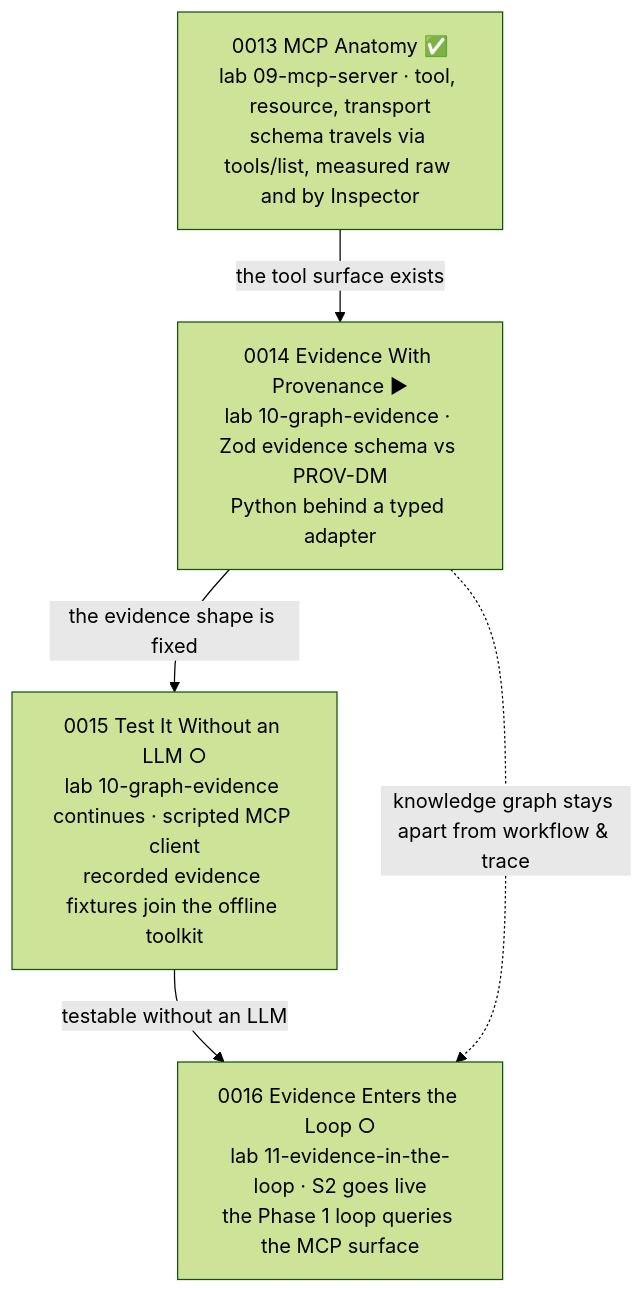
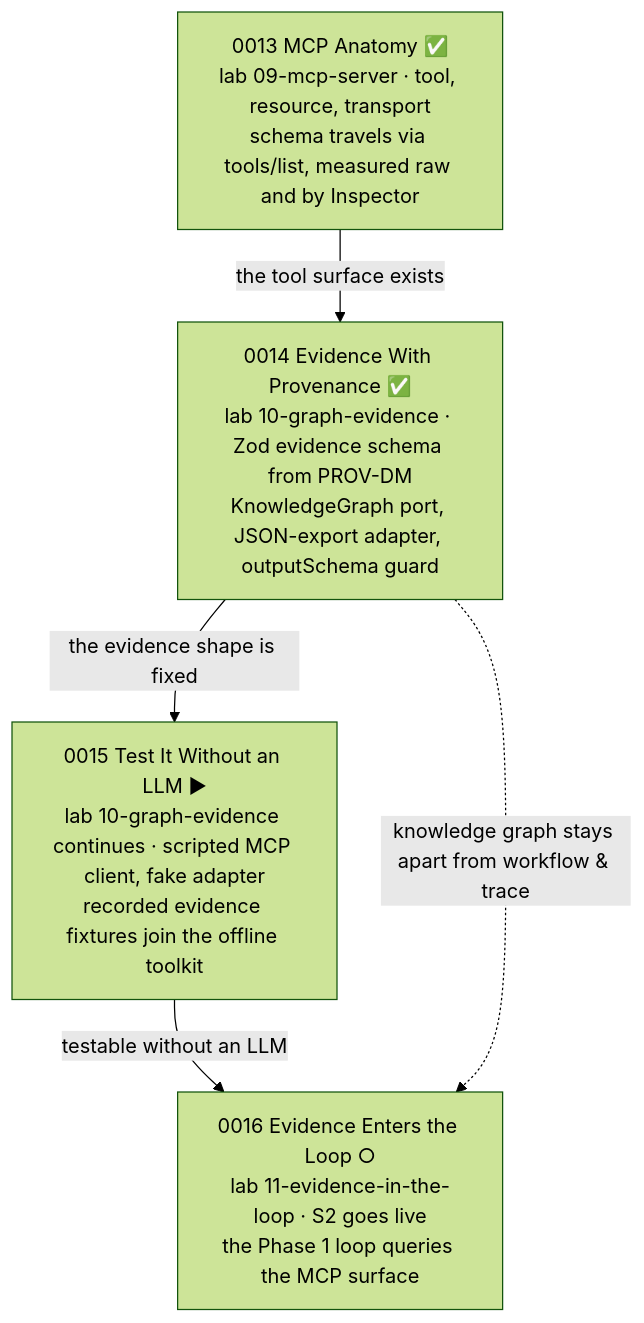
The fourth of 5 diagrams in wiki/course/course-module-graph.md (JozsefKiss90/TS), drawn with Mermaid (forest theme) before and after one commit. The commit also changed other lines of this file and 24 other files, not shown here.

First line of the commit message:
Ship lesson 0014 - Evidence With Provenance; lab 10-graph-evidence

````diff
--- a/wiki/course/course-module-graph.md
+++ b/wiki/course/course-module-graph.md
@@ -77,11 +77,11 @@
 ```mermaid
 flowchart TD
     N13["0013 MCP Anatomy ✅<br/>lab 09-mcp-server · tool, resource, transport<br/>schema travels via tools/list, measured raw and by Inspector"]
-    N14["0014 Evidence With Provenance ▶<br/>lab 10-graph-evidence · Zod evidence schema vs PROV-DM<br/>Python behind a typed adapter"]
-    N15["0015 Test It Without an LLM ○<br/>lab 10-graph-evidence continues · scripted MCP client<br/>recorded evidence fixtures join the offline toolkit"]
+    N14["0014 Evidence With Provenance ✅<br/>lab 10-graph-evidence · Zod evidence schema from PROV-DM<br/>KnowledgeGraph port, JSON-export adapter, outputSchema guard"]
+    N15["0015 Test It Without an LLM ▶<br/>lab 10-graph-evidence continues · scripted MCP client, fake adapter<br/>recorded evidence fixtures join the offline toolkit"]
     N16["0016 Evidence Enters the Loop ○<br/>lab 11-evidence-in-the-loop · S2 goes live<br/>the Phase 1 loop queries the MCP surface"]
     N13 -->|"the tool surface exists"| N14
     N14 -->|"the evidence shape is fixed"| N15
     N15 -->|"testable without an LLM"| N16
     N14 -.->|"knowledge graph stays apart from workflow & trace"| N16
 ```
````
